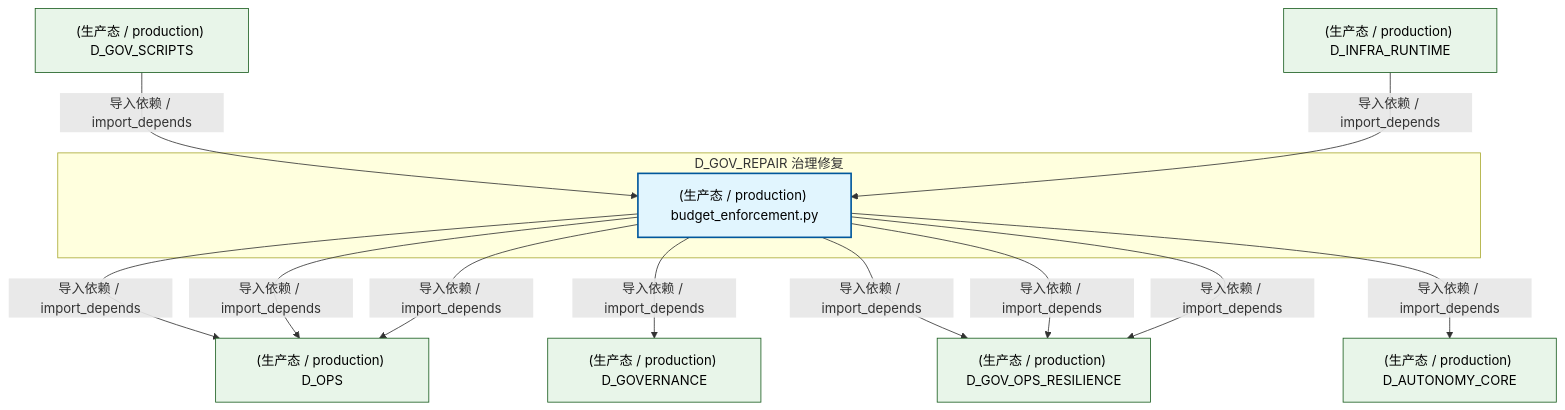
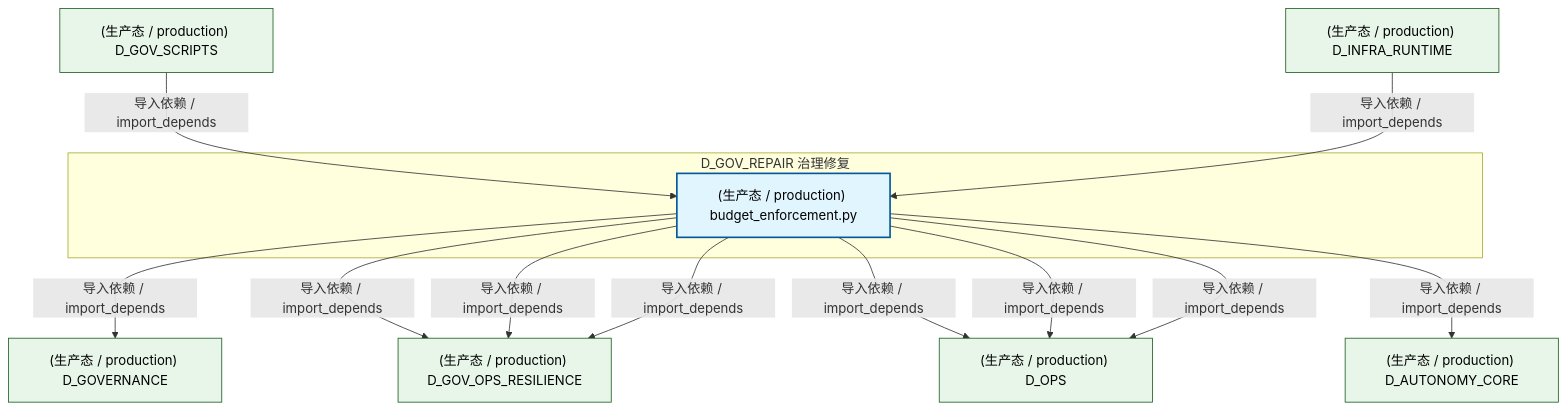
One commit to xuanFelixVan/ZephyrAlpha changed the first of 3 diagrams in docs/02_enterprise_architecture/02_domain_architecture_docs/54_d_gov_repair.md. Above: the diagram before and after it, drawn with Mermaid. The commit also changed other lines of this file and 39 other files, not shown here.

````diff
--- a/docs/02_enterprise_architecture/02_domain_architecture_docs/54_d_gov_repair.md
+++ b/docs/02_enterprise_architecture/02_domain_architecture_docs/54_d_gov_repair.md
@@ -61,28 +61,28 @@
 ```mermaid
 graph TD
     subgraph D_GOV_REPAIR["D_GOV_REPAIR 治理修复"]
         src_zephyr_governance_financial_governance_budget_enforcement_py["(生产态 / production) budget_enforcement.py"]
     end
-    D_OPS["(生产态 / production) D_OPS"]
-    src_zephyr_governance_financial_governance_budget_enforcement_py -->|导入依赖 / import_depends| D_OPS
     D_GOVERNANCE["(生产态 / production) D_GOVERNANCE"]
     src_zephyr_governance_financial_governance_budget_enforcement_py -->|导入依赖 / import_depends| D_GOVERNANCE
     D_GOV_OPS_RESILIENCE["(生产态 / production) D_GOV_OPS_RESILIENCE"]
     src_zephyr_governance_financial_governance_budget_enforcement_py -->|导入依赖 / import_depends| D_GOV_OPS_RESILIENCE
     src_zephyr_governance_financial_governance_budget_enforcement_py -->|导入依赖 / import_depends| D_GOV_OPS_RESILIENCE
+    D_OPS["(生产态 / production) D_OPS"]
     src_zephyr_governance_financial_governance_budget_enforcement_py -->|导入依赖 / import_depends| D_OPS
     D_AUTONOMY_CORE["(生产态 / production) D_AUTONOMY_CORE"]
     src_zephyr_governance_financial_governance_budget_enforcement_py -->|导入依赖 / import_depends| D_AUTONOMY_CORE
     src_zephyr_governance_financial_governance_budget_enforcement_py -->|导入依赖 / import_depends| D_OPS
     src_zephyr_governance_financial_governance_budget_enforcement_py -->|导入依赖 / import_depends| D_GOV_OPS_RESILIENCE
+    src_zephyr_governance_financial_governance_budget_enforcement_py -->|导入依赖 / import_depends| D_OPS
     D_GOV_SCRIPTS["(生产态 / production) D_GOV_SCRIPTS"]
     D_GOV_SCRIPTS -->|导入依赖 / import_depends| src_zephyr_governance_financial_governance_budget_enforcement_py
     D_INFRA_RUNTIME["(生产态 / production) D_INFRA_RUNTIME"]
     D_INFRA_RUNTIME -->|导入依赖 / import_depends| src_zephyr_governance_financial_governance_budget_enforcement_py
     classDef production fill:#e1f5fe,stroke:#01579b,stroke-width:2px,color:#000
     classDef design fill:#fff3e0,stroke:#e65100,stroke-width:2px,color:#000,stroke-dasharray: 5 5
     classDef external_prod fill:#e8f5e9,stroke:#1b5e20,stroke-width:1px,color:#000
     classDef external_design fill:#fce4ec,stroke:#880e4f,stroke-width:1px,color:#000,stroke-dasharray: 5 5
     class src_zephyr_governance_financial_governance_budget_enforcement_py production
-    class D_OPS,D_GOVERNANCE,D_GOV_OPS_RESILIENCE,D_AUTONOMY_CORE,D_GOV_SCRIPTS,D_INFRA_RUNTIME external_prod
+    class D_GOVERNANCE,D_GOV_OPS_RESILIENCE,D_OPS,D_AUTONOMY_CORE,D_GOV_SCRIPTS,D_INFRA_RUNTIME external_prod
 ```
````
